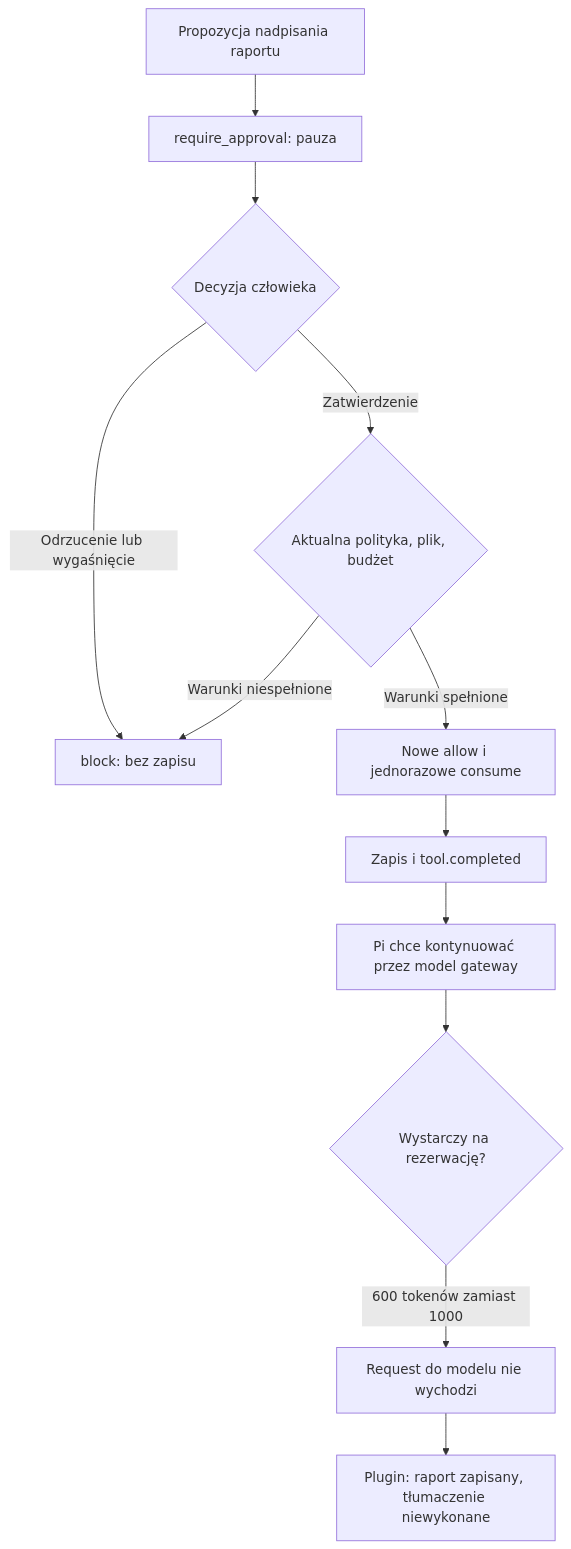
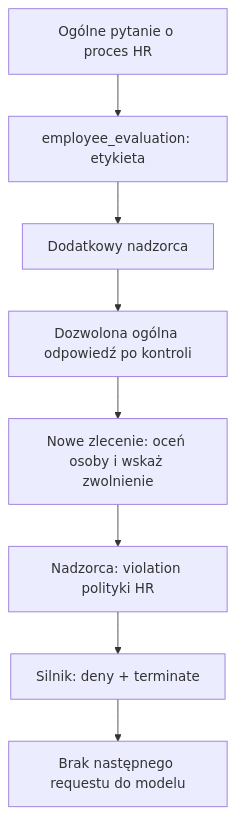
One commit to VashingMachine/hackyeah2026 changed the fifth of 5 diagrams in website/dist/docs/blackwall-koncepcja-i-plan-dema.md. Above: the diagram before and after it, drawn with Mermaid. The commit also changed other lines of this file and 7 other files, not shown here.

````diff
--- a/website/dist/docs/blackwall-koncepcja-i-plan-dema.md
+++ b/website/dist/docs/blackwall-koncepcja-i-plan-dema.md
@@ -891,14 +1124,10 @@
 ```mermaid
 flowchart TD
-    W[Propozycja nadpisania raportu] --> A[require_approval: pauza]
-    A --> U{Decyzja człowieka}
-    U -->|Odrzucenie lub wygaśnięcie| B[block: bez zapisu]
-    U -->|Zatwierdzenie| C{Aktualna polityka, plik, budżet}
-    C -->|Warunki niespełnione| B
-    C -->|Warunki spełnione| P[Nowe allow i jednorazowe consume]
-    P --> E[Zapis i tool.completed]
-    E --> M[Pi chce kontynuować przez model gateway]
-    M --> K{Wystarczy na rezerwację?}
-    K -->|600 tokenów zamiast 1000| D[Request do modelu nie wychodzi]
-    D --> S[Plugin: raport zapisany, tłumaczenie niewykonane]
+    U[Ogólne pytanie o proces HR] --> T[employee_evaluation: etykieta]
+    T --> G[Dodatkowy nadzorca]
+    G --> A[Dozwolona ogólna odpowiedź po kontroli]
+    A --> Q[Nowe zlecenie: oceń osoby i wskaż zwolnienie]
+    Q --> V[Nadzorca: violation polityki HR]
+    V --> X[Silnik: deny + terminate]
+    X --> N[Brak następnego requestu do modelu]
 ```
````
